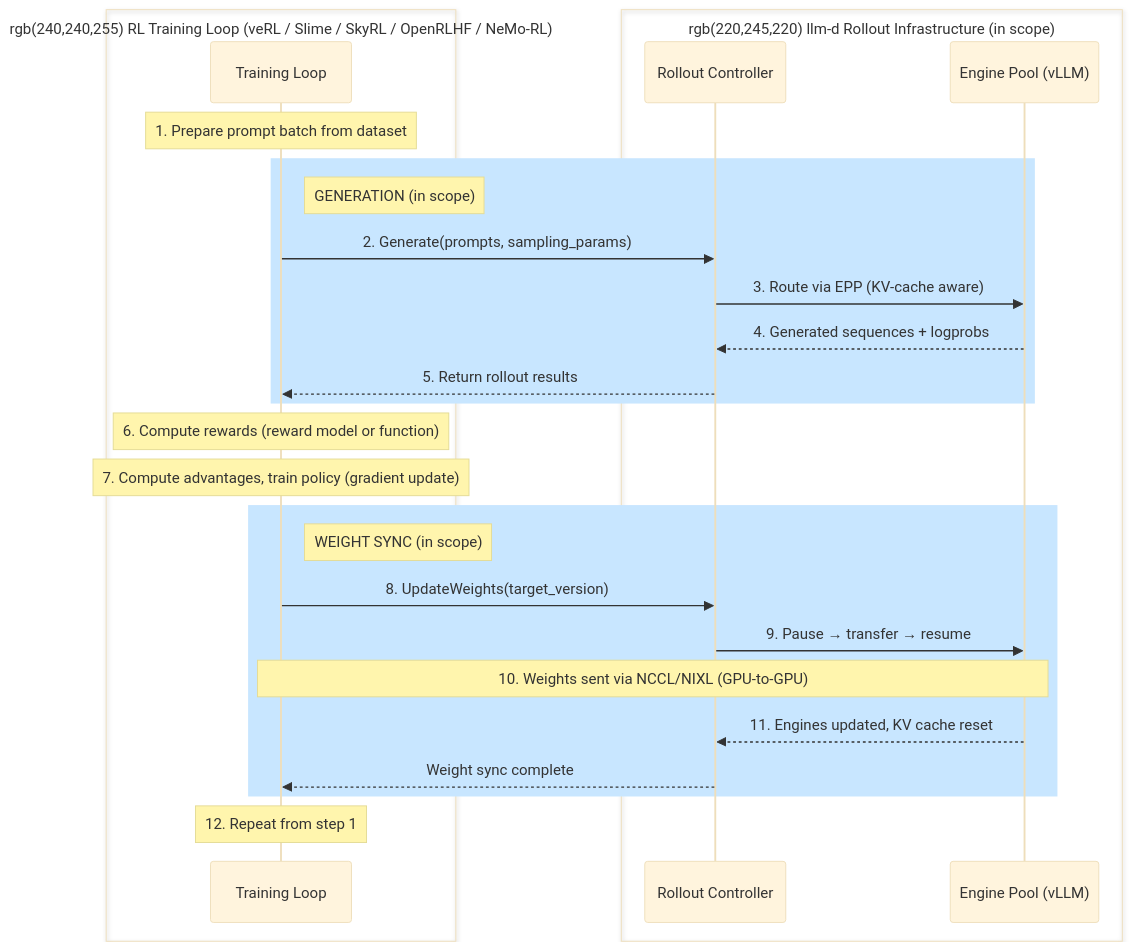
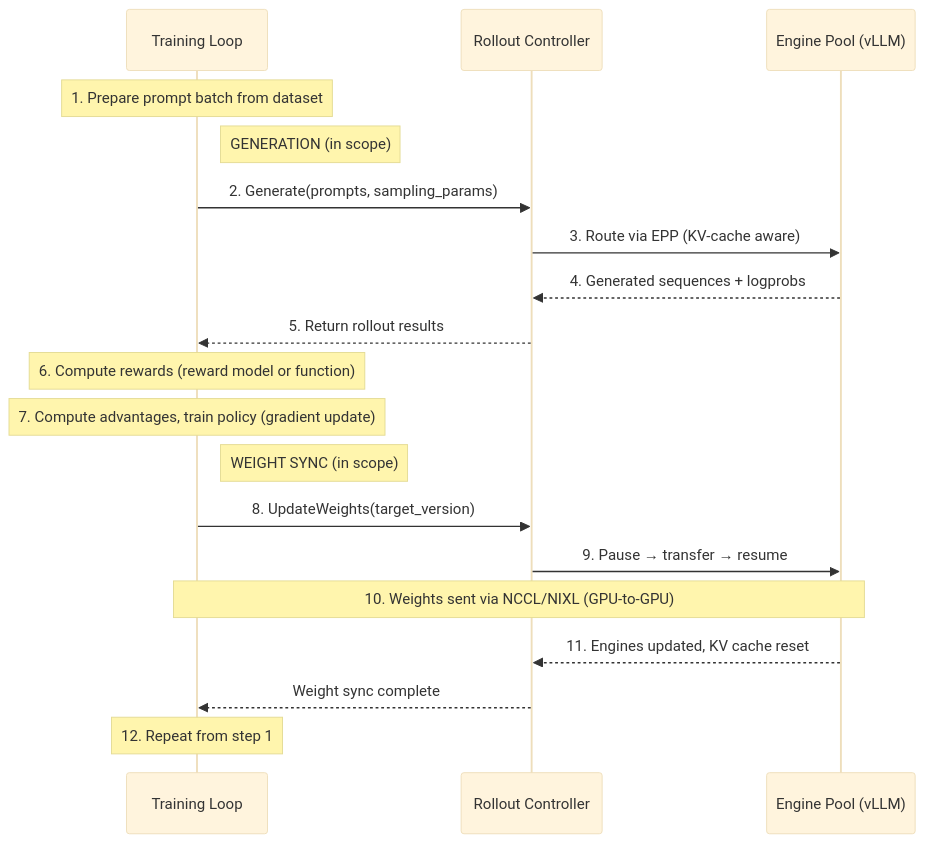
The first of 7 diagrams in docs/proposals/rl-rollout-northstar.md (llm-d-incubation/llm-d-rl), drawn with Mermaid (base theme) before and after one commit. The commit also changed other lines of this file and 1 other file, not shown here.

Commit message:
Remove color/style directives from Mermaid diagrams
Strip all fill/stroke style lines and rgb() box/rect highlights
that were preventing proper rendering on GitHub.

````diff
--- a/docs/proposals/rl-rollout-northstar.md
+++ b/docs/proposals/rl-rollout-northstar.md
@@ -32,34 +32,26 @@
 ```mermaid
 sequenceDiagram
-    box rgb(240,240,255) RL Training Loop (veRL / Slime / SkyRL / OpenRLHF / NeMo-RL)
-        participant TL as Training Loop
-    end
-    box rgb(220,245,220) llm-d Rollout Infrastructure (in scope)
+    participant TL as Training Loop
         participant RC as Rollout Controller
         participant EP as Engine Pool (vLLM)
-    end
 
     Note over TL: 1. Prepare prompt batch from dataset
 
-    rect rgb(200,230,255)
-        Note right of TL: GENERATION (in scope)
-        TL->>RC: 2. Generate(prompts, sampling_params)
+    Note right of TL: GENERATION (in scope)
+    TL->>RC: 2. Generate(prompts, sampling_params)
         RC->>EP: 3. Route via EPP (KV-cache aware)
         EP-->>RC: 4. Generated sequences + logprobs
-        RC-->>TL: 5. Return rollout results
-    end
+    RC-->>TL: 5. Return rollout results
 
     Note over TL: 6. Compute rewards (reward model or function)
     Note over TL: 7. Compute advantages, train policy (gradient update)
 
-    rect rgb(200,230,255)
-        Note right of TL: WEIGHT SYNC (in scope)
-        TL->>RC: 8. UpdateWeights(target_version)
+    Note right of TL: WEIGHT SYNC (in scope)
+    TL->>RC: 8. UpdateWeights(target_version)
         RC->>EP: 9. Pause → transfer → resume
         Note over TL,EP: 10. Weights sent via NCCL/NIXL (GPU-to-GPU)
         EP-->>RC: 11. Engines updated, KV cache reset
-        RC-->>TL: Weight sync complete
-    end
+    RC-->>TL: Weight sync complete
 
     Note over TL: 12. Repeat from step 1
 ```
````
